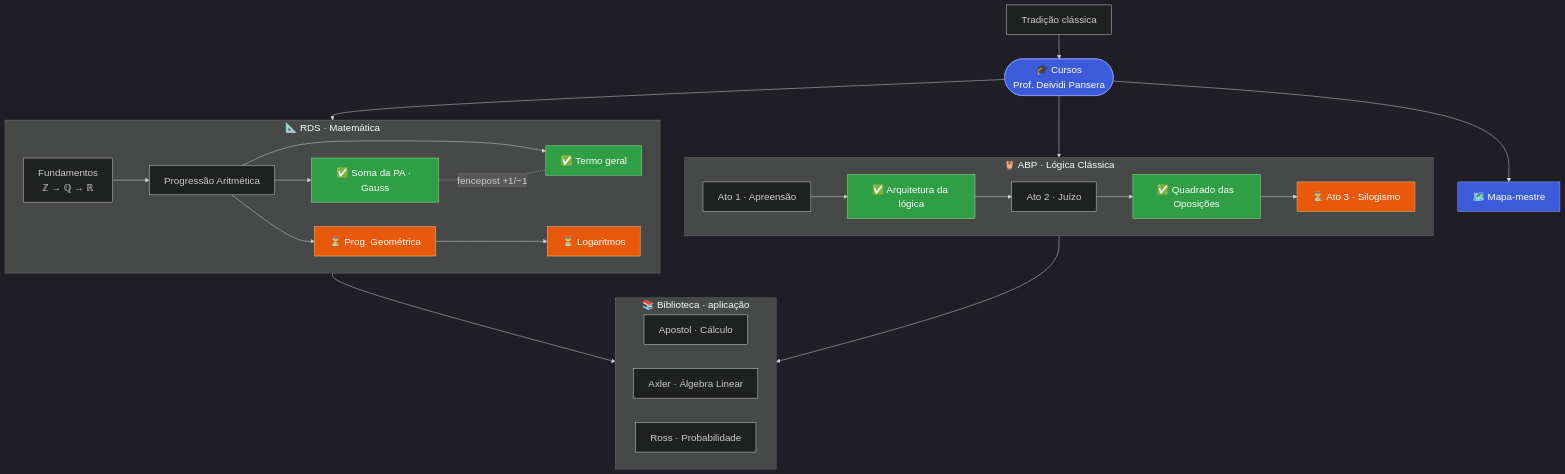
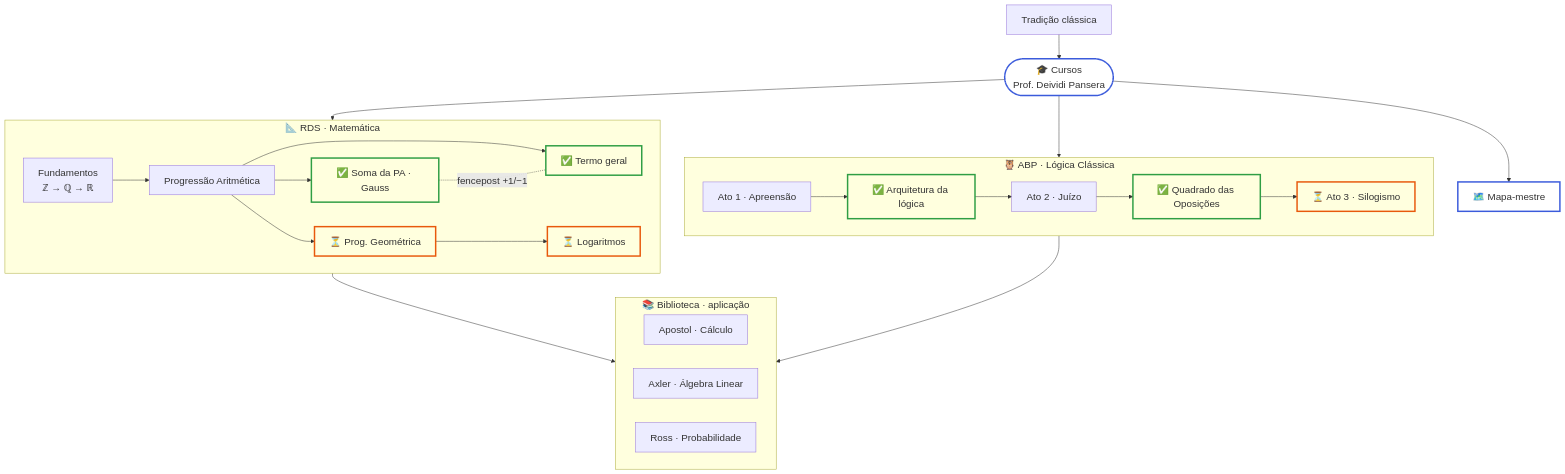
The diagram in README.md (marcospaula/rds_abp_estudos), drawn with Mermaid before and after one commit.

Commit message:
docs(readme): grafo adaptativo aos dois modos (bordas coloridas, sem fundo forcado)

````diff
--- a/README.md
+++ b/README.md
@@ -17,47 +17,47 @@
 ```mermaid
-%%{init: {'theme':'dark','themeVariables':{'fontSize':'20px','fontFamily':'sans-serif'}}}%%
+%%{init: {'themeVariables':{'fontSize':'20px','fontFamily':'sans-serif'}}}%%
 graph TD
     TRAD["Tradição clássica"] --> RAIZ
     RAIZ(["🎓 Cursos<br/>Prof. Deividi Pansera"]) --> RDS
     RAIZ --> ABP
     RAIZ --> MAPA["🗺️ Mapa-mestre"]
 
     subgraph RDS ["📐 RDS · Matemática"]
         FUND["Fundamentos<br/>ℤ → ℚ → ℝ"]
         PA["Progressão Aritmética"]
         PASOMA["✅ Soma da PA · Gauss"]
         PATERMO["✅ Termo geral"]
         PG["⏳ Prog. Geométrica"]
         LOG["⏳ Logaritmos"]
         FUND --> PA
         PA --> PASOMA
         PA --> PATERMO
         PA --> PG
         PG --> LOG
         PASOMA -. "fencepost +1/−1" .- PATERMO
     end
 
     subgraph ABP ["🦉 ABP · Lógica Clássica"]
         ATO1["Ato 1 · Apreensão"]
         ARQ["✅ Arquitetura da lógica"]
         ATO2["Ato 2 · Juízo"]
         QUAD["✅ Quadrado das Oposições"]
         ATO3["⏳ Ato 3 · Silogismo"]
         ATO1 --> ARQ --> ATO2 --> QUAD --> ATO3
     end
 
     RDS --> BIB
     ABP --> BIB
     subgraph BIB ["📚 Biblioteca · aplicação"]
         APOSTOL["Apostol · Cálculo"]
         AXLER["Axler · Álgebra Linear"]
         ROSS["Ross · Probabilidade"]
     end
 
-    classDef done fill:#2f9e44,stroke:#8ce99a,color:#ffffff;
-    classDef todo fill:#e8590c,stroke:#ffc078,color:#ffffff;
-    classDef hub fill:#3b5bdb,stroke:#91a7ff,color:#ffffff;
+    classDef done fill:transparent,stroke:#2f9e44,stroke-width:3px;
+    classDef todo fill:transparent,stroke:#e8590c,stroke-width:3px;
+    classDef hub fill:transparent,stroke:#3b5bdb,stroke-width:3px;
     class PASOMA,PATERMO,ARQ,QUAD done;
     class PG,LOG,ATO3 todo;
     class RAIZ,MAPA hub;
 ```
````
